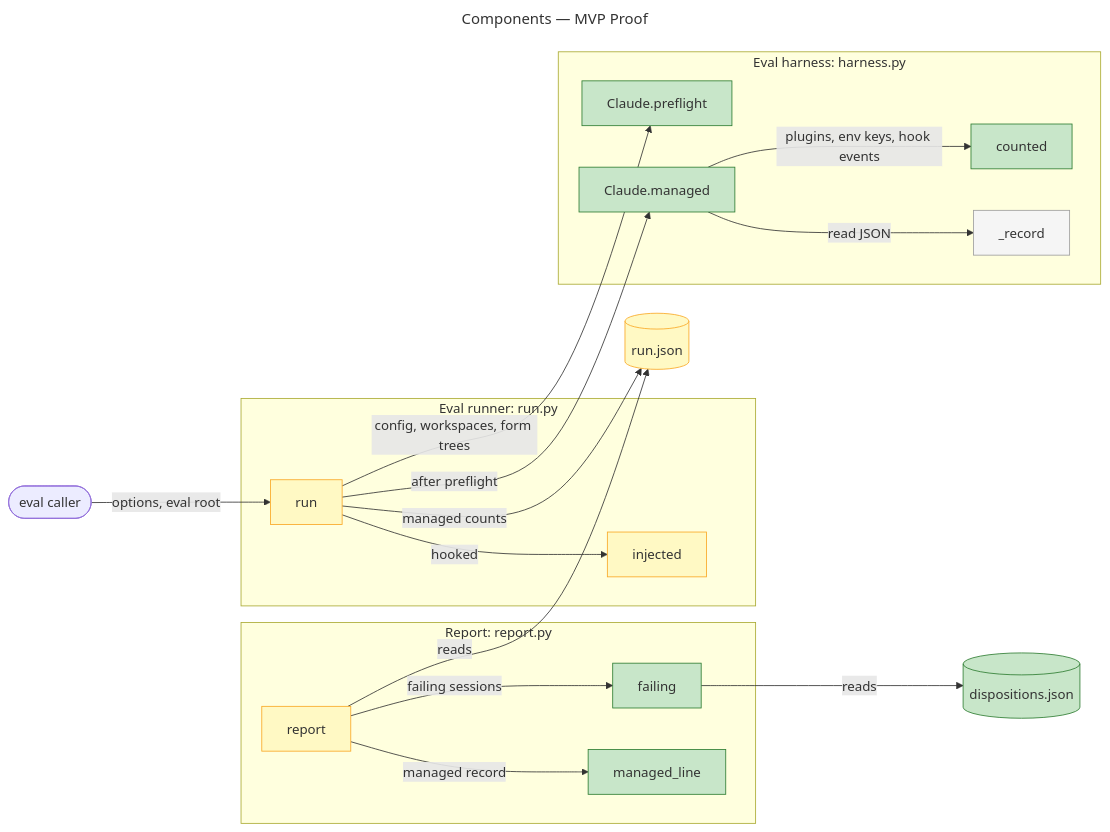
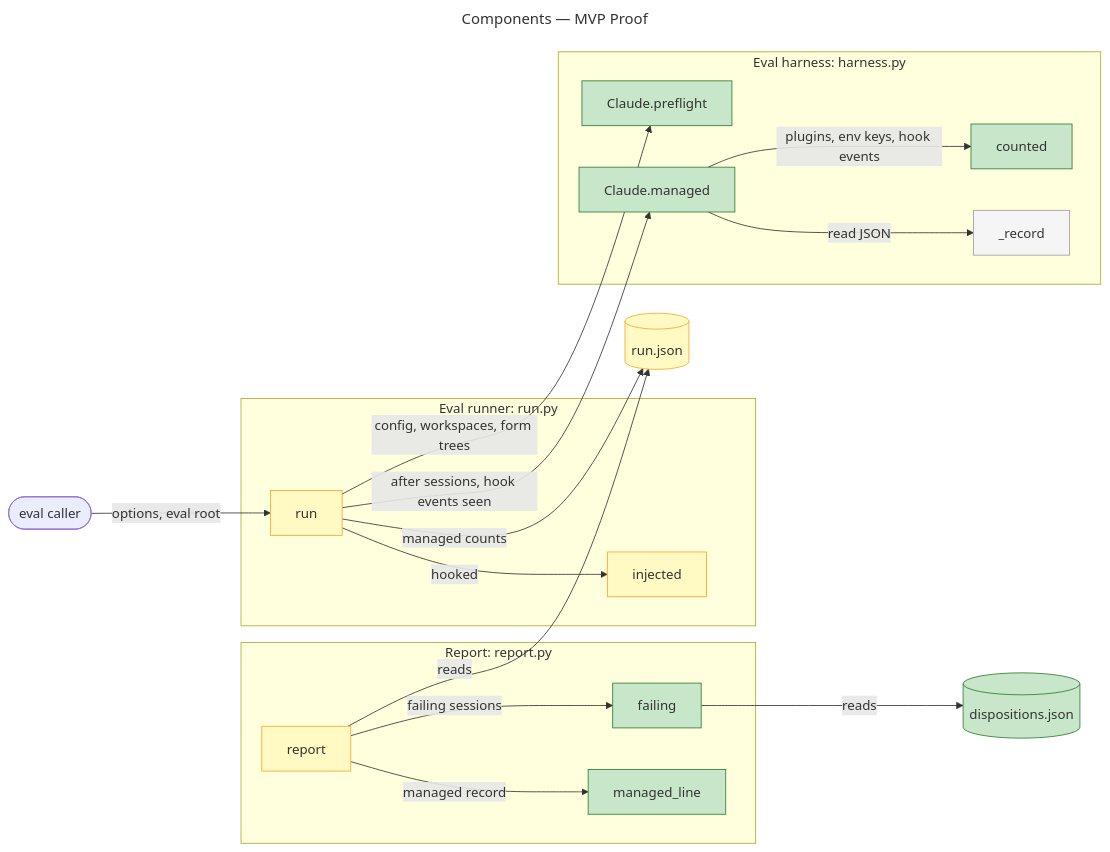
The first of 3 diagrams in artifacts/planning/2026-11-03-616-i10-e05-mvp-proof/architecture-overview.md (m2ux/prosiform), drawn with Mermaid before and after one commit. The commit also changed other lines of this file and 1 other file, not shown here.

````diff
--- a/artifacts/planning/2026-11-03-616-i10-e05-mvp-proof/architecture-overview.md
+++ b/artifacts/planning/2026-11-03-616-i10-e05-mvp-proof/architecture-overview.md
@@ -13,52 +13,52 @@
 ```mermaid
 ---
 title: Components — MVP Proof
 ---
 flowchart LR
     Caller([eval caller])
 
     subgraph Runner [Eval runner: run.py]
         RN[run]
         IJ[injected]
     end
 
     subgraph Harness [Eval harness: harness.py]
         PF[Claude.preflight]
         MG[Claude.managed]
         CT[counted]
         RC[_record]
     end
 
     subgraph Report [Report: report.py]
         RP[report]
         FL[failing]
         ML[managed_line]
     end
 
     RJ[(run.json)]
     DJ[(dispositions.json)]
 
     Caller -->|options, eval root| RN
     RN -->|config, workspaces, form trees| PF
-    RN -->|after preflight| MG
+    RN -->|after sessions, hook events seen| MG
     MG -->|plugins, env keys, hook events| CT
     MG -->|read JSON| RC
     RN -->|hooked| IJ
     RN -->|managed counts| RJ
     RP -->|reads| RJ
     FL -->|reads| DJ
     RP -->|failing sessions| FL
     RP -->|managed record| ML
 
     style PF fill:#c8e6c9,stroke:#2e7d32
     style MG fill:#c8e6c9,stroke:#2e7d32
     style CT fill:#c8e6c9,stroke:#2e7d32
     style FL fill:#c8e6c9,stroke:#2e7d32
     style ML fill:#c8e6c9,stroke:#2e7d32
     style DJ fill:#c8e6c9,stroke:#2e7d32
     style RN fill:#fff9c4,stroke:#f9a825
     style IJ fill:#fff9c4,stroke:#f9a825
     style RP fill:#fff9c4,stroke:#f9a825
     style RJ fill:#fff9c4,stroke:#f9a825
     style RC fill:#f5f5f5,stroke:#9e9e9e
 ```
````
